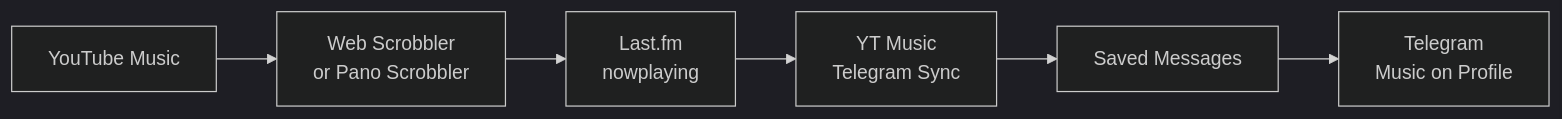
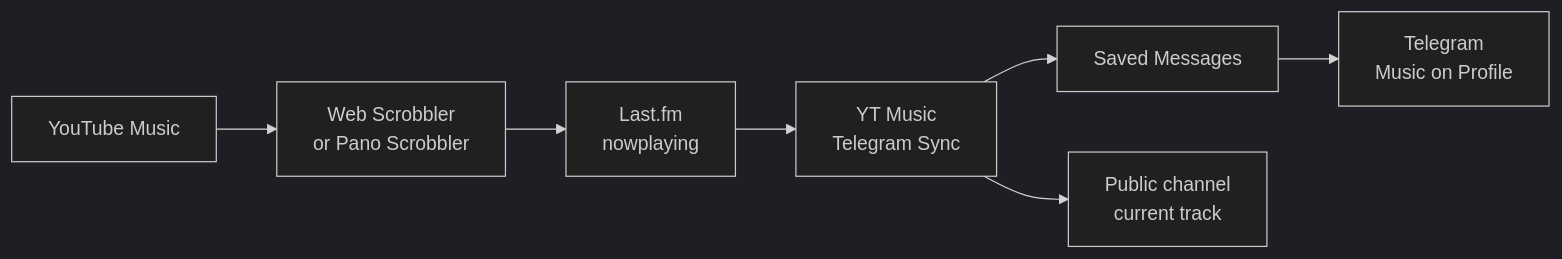
The diagram in README.md (darhanger/yt_music-telegram-sync), drawn with Mermaid (dark theme) before and after one commit. The commit also changed other lines of this file and 15 other files, not shown here.

````diff
--- a/README.md
+++ b/README.md
@@ -29,8 +29,9 @@
 ```mermaid
 flowchart LR
     YT[YouTube Music] --> S[Web Scrobbler<br>or Pano Scrobbler]
     S --> LF[Last.fm<br>nowplaying]
     LF --> APP[YT Music<br>Telegram Sync]
     APP --> SM[Saved Messages]
     SM --> TG[Telegram<br>Music on Profile]
+    APP --> CH[Public channel<br>current track]
 ```
````
